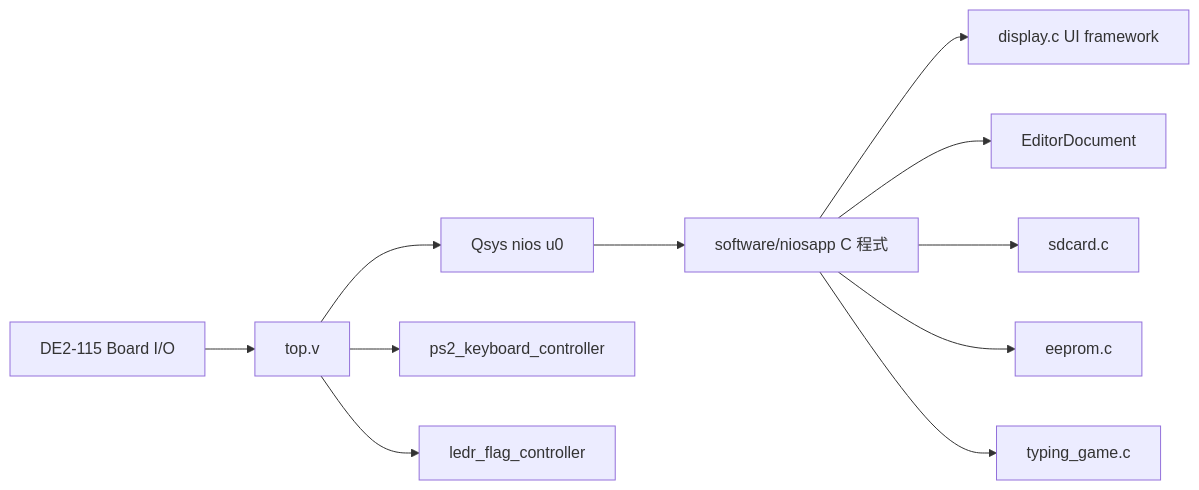
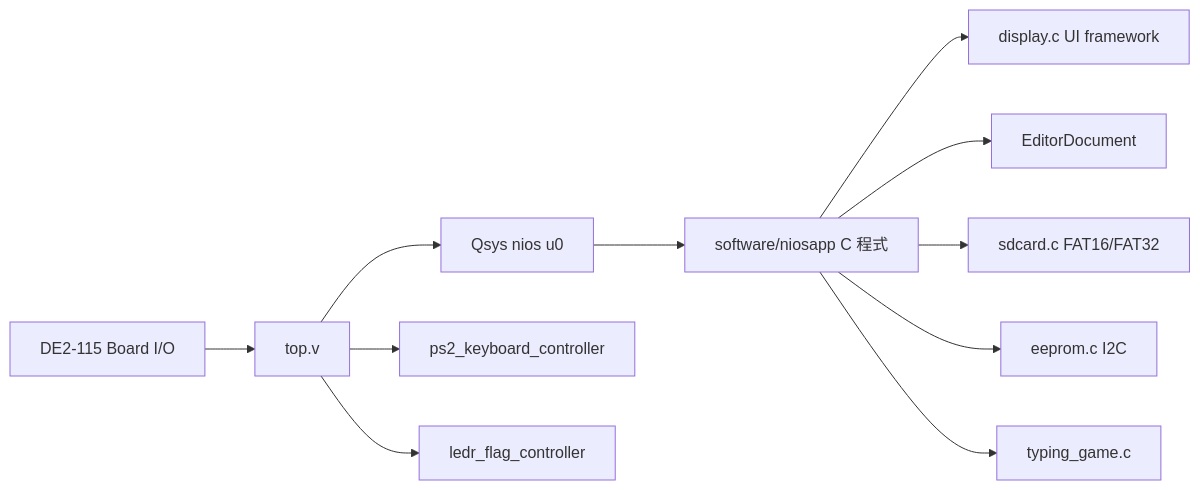
One commit to Dao-you/altera_nios_typewriter changed the first of 11 diagrams in docs/hierarchy.md. Above: the diagram before and after it, drawn with Mermaid. The commit also changed other lines of this file, not shown here.

Commit message:
docs: add app state and storage flow details

````diff
--- a/docs/hierarchy.md
+++ b/docs/hierarchy.md
@@ -13,13 +17,13 @@
 ```mermaid
 flowchart LR
     Board[DE2-115 Board I/O] --> Top[top.v]
     Top --> Nios[Qsys nios u0]
     Top --> PS2[ps2_keyboard_controller]
     Top --> LEDR[ledr_flag_controller]
     Nios --> C[software/niosapp C 程式]
     C --> UI[display.c UI framework]
     C --> Editor[EditorDocument]
-    C --> SD[sdcard.c]
-    C --> EEPROM[eeprom.c]
+    C --> SD[sdcard.c FAT16/FAT32]
+    C --> EEPROM[eeprom.c I2C]
     C --> Typing[typing_game.c]
 ```
````
